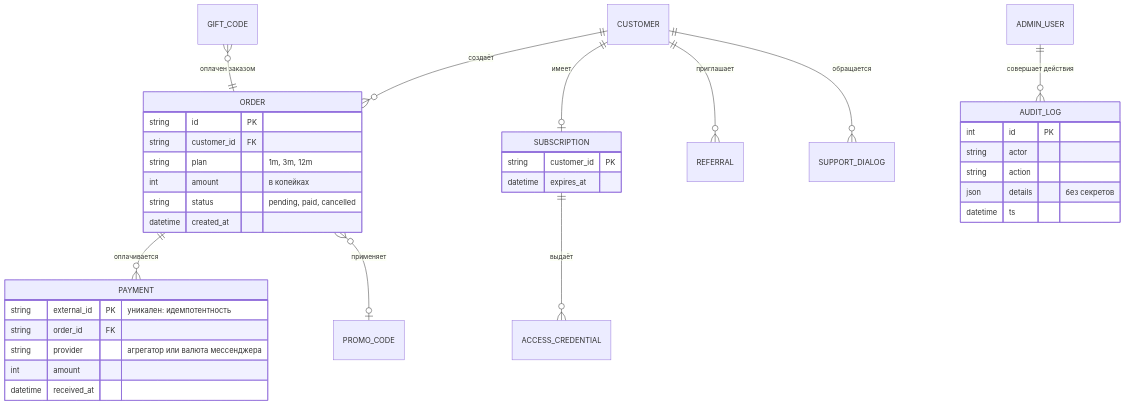
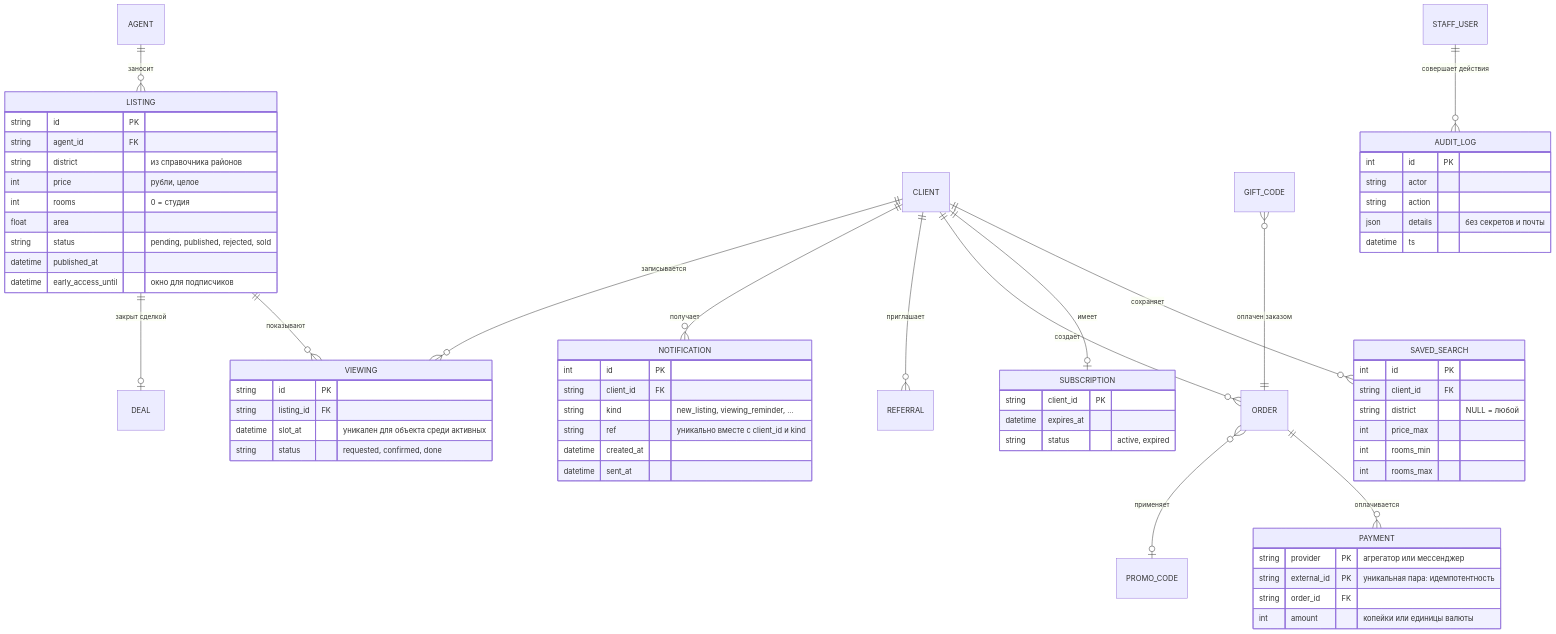
The second of 2 diagrams in docs/04-arhitektura.md (Dv2Corn/kursovaya), drawn with Mermaid before and after one commit. The commit also changed other lines of this file and 4 other files, not shown here.

Commit message:
Курсовая под кейс «Квартирант плюс»: README, введение со сменой бизнес-модели, анализ «как есть», целевые процессы и архитектура со схемами

````diff
--- a/docs/04-arhitektura.md
+++ b/docs/04-arhitektura.md
@@ -95,39 +107,68 @@
 ```mermaid
 erDiagram
-    CUSTOMER ||--o{ ORDER : "создаёт"
+    AGENT ||--o{ LISTING : "заносит"
+    LISTING ||--o{ VIEWING : "показывают"
+    LISTING ||--o| DEAL : "закрыт сделкой"
+    CLIENT ||--o{ SAVED_SEARCH : "сохраняет"
+    CLIENT ||--o| SUBSCRIPTION : "имеет"
+    CLIENT ||--o{ ORDER : "создаёт"
     ORDER ||--o{ PAYMENT : "оплачивается"
-    CUSTOMER ||--o| SUBSCRIPTION : "имеет"
-    SUBSCRIPTION ||--o{ ACCESS_CREDENTIAL : "выдаёт"
-    CUSTOMER ||--o{ REFERRAL : "приглашает"
     ORDER }o--o| PROMO_CODE : "применяет"
     GIFT_CODE }o--|| ORDER : "оплачен заказом"
-    ADMIN_USER ||--o{ AUDIT_LOG : "совершает действия"
-    CUSTOMER ||--o{ SUPPORT_DIALOG : "обращается"
+    CLIENT ||--o{ REFERRAL : "приглашает"
+    CLIENT ||--o{ NOTIFICATION : "получает"
+    CLIENT ||--o{ VIEWING : "записывается"
+    STAFF_USER ||--o{ AUDIT_LOG : "совершает действия"
 
-    ORDER {
+    LISTING {
         string id PK
-        string customer_id FK
-        string plan "1m, 3m, 12m"
-        int amount "в копейках"
-        string status "pending, paid, cancelled"
-        datetime created_at
+        string agent_id FK
+        string district "из справочника районов"
+        int price "рубли, целое"
+        int rooms "0 = студия"
+        float area
+        string status "pending, published, rejected, sold"
+        datetime published_at
+        datetime early_access_until "окно для подписчиков"
+    }
+    SAVED_SEARCH {
+        int id PK
+        string client_id FK
+        string district "NULL = любой"
+        int price_max
+        int rooms_min
+        int rooms_max
+    }
+    SUBSCRIPTION {
+        string client_id PK
+        datetime expires_at
+        string status "active, expired"
     }
     PAYMENT {
-        string external_id PK "уникален: идемпотентность"
+        string provider PK "агрегатор или мессенджер"
+        string external_id PK "уникальная пара: идемпотентность"
         string order_id FK
-        string provider "агрегатор или валюта мессенджера"
-        int amount
-        datetime received_at
+        int amount "копейки или единицы валюты"
     }
-    SUBSCRIPTION {
-        string customer_id PK
-        datetime expires_at
+    NOTIFICATION {
+        int id PK
+        string client_id FK
+        string kind "new_listing, viewing_reminder, ..."
+        string ref "уникально вместе с client_id и kind"
+        datetime created_at
+        datetime sent_at
+    }
+    VIEWING {
+        string id PK
+        string listing_id FK
+        datetime slot_at "уникален для объекта среди активных"
+        string status "requested, confirmed, done"
     }
     AUDIT_LOG {
         int id PK
         string actor
         string action
-        json details "без секретов"
+        json details "без секретов и почты"
         datetime ts
     }
 ```
````
